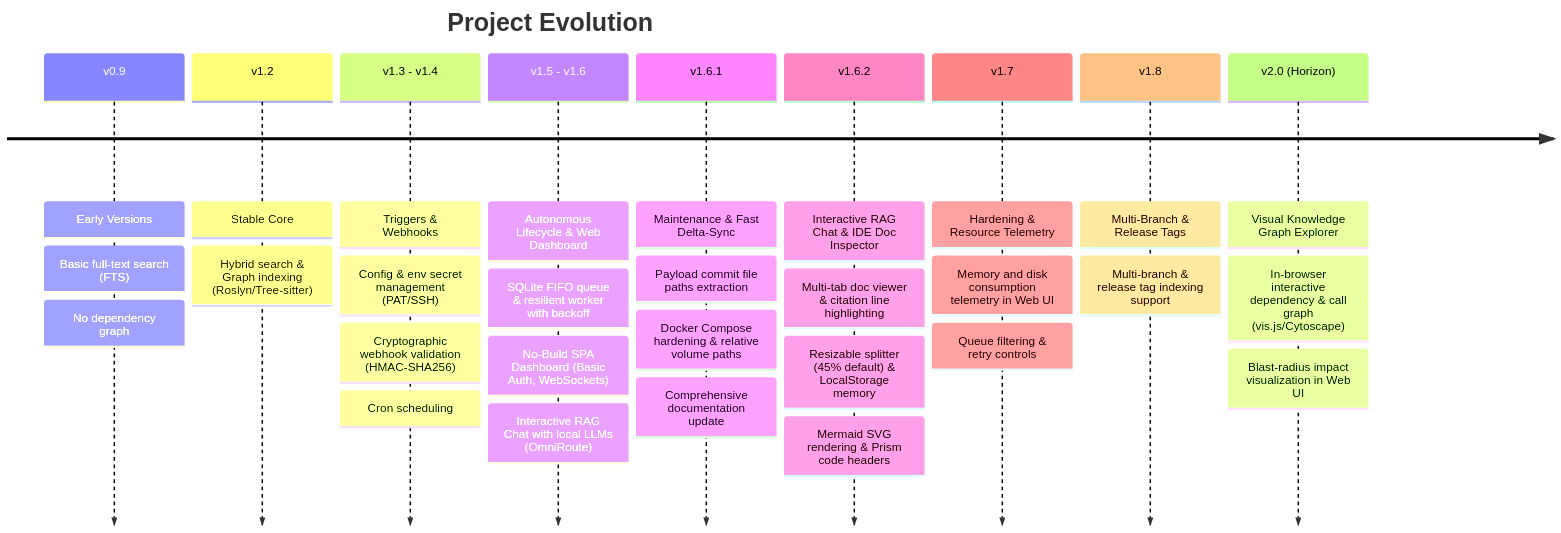
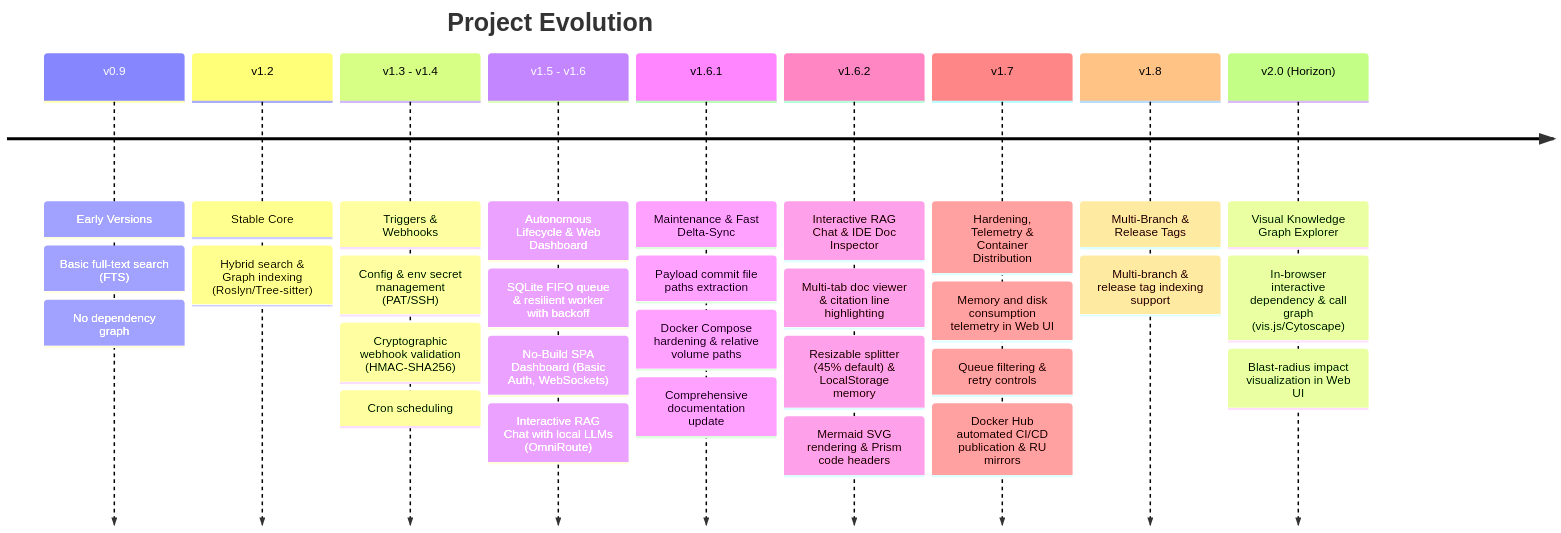
Before and after one commit to PaulTheSecond/knowledgebase-mcp: the diagram in docs/roadmap_autonomous_sync.md, drawn with Mermaid. The commit also changed other lines of this file and 3 other files, not shown here.

Commit message:
ci(docker): add GitHub Actions workflow for Docker Hub and distribution docs

````diff
--- a/docs/roadmap_autonomous_sync.md
+++ b/docs/roadmap_autonomous_sync.md
@@ -11,33 +11,34 @@
 ```mermaid
 timeline
     title Project Evolution
     v0.9 : Early Versions
          : Basic full-text search (FTS)
          : No dependency graph
     v1.2 : Stable Core
          : Hybrid search & Graph indexing (Roslyn/Tree-sitter)
     v1.3 - v1.4 : Triggers & Webhooks
          : Config & env secret management (PAT/SSH)
          : Cryptographic webhook validation (HMAC-SHA256)
          : Cron scheduling
     v1.5 - v1.6 : Autonomous Lifecycle & Web Dashboard
          : SQLite FIFO queue & resilient worker with backoff
          : No-Build SPA Dashboard (Basic Auth, WebSockets)
          : Interactive RAG Chat with local LLMs (OmniRoute)
     v1.6.1 : Maintenance & Fast Delta-Sync
          : Payload commit file paths extraction
          : Docker Compose hardening & relative volume paths
          : Comprehensive documentation update
     v1.6.2 : Interactive RAG Chat & IDE Doc Inspector
          : Multi-tab doc viewer & citation line highlighting
          : Resizable splitter (45% default) & LocalStorage memory
          : Mermaid SVG rendering & Prism code headers
-    v1.7 : Hardening & Resource Telemetry
+    v1.7 : Hardening, Telemetry & Container Distribution
          : Memory and disk consumption telemetry in Web UI
          : Queue filtering & retry controls
+         : Docker Hub automated CI/CD publication & RU mirrors
     v1.8 : Multi-Branch & Release Tags
          : Multi-branch & release tag indexing support
     v2.0 (Horizon) : Visual Knowledge Graph Explorer
          : In-browser interactive dependency & call graph (vis.js/Cytoscape)
          : Blast-radius impact visualization in Web UI
 ```
````
